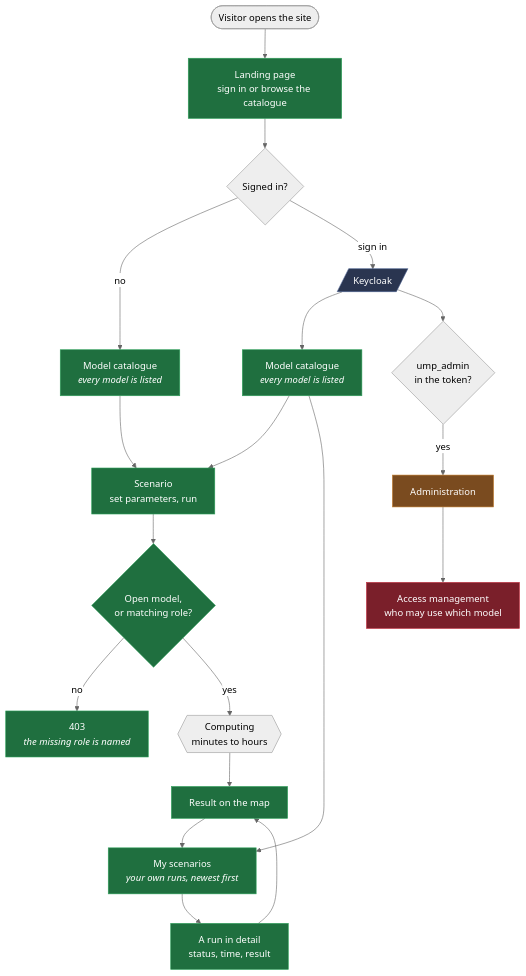
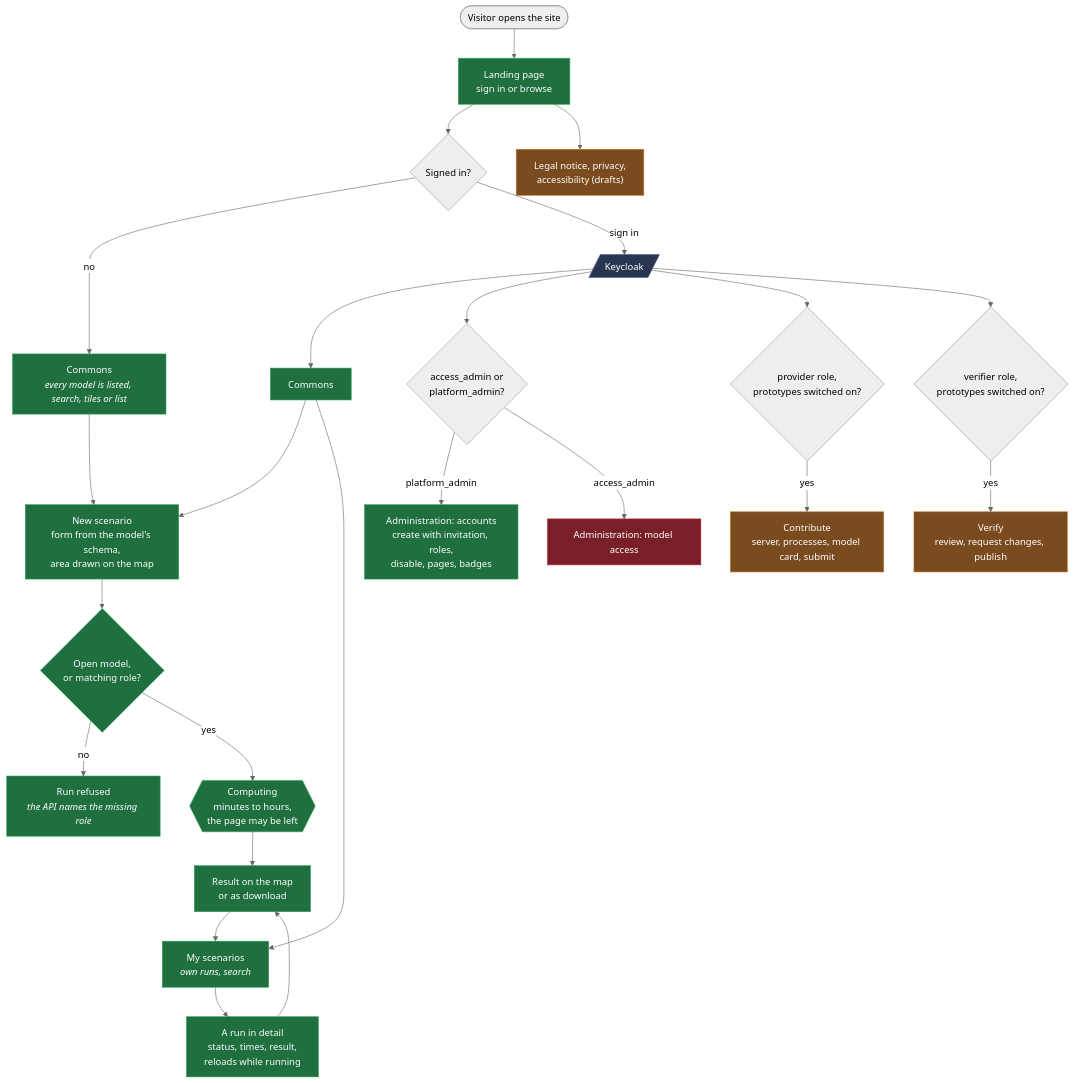
One commit to Urban-Futures-Collective/ump-x-frontend changed the first of 4 diagrams in docs/frontend-flow-en.md. Above: the diagram before and after it, drawn with Mermaid (neutral theme). The commit also changed other lines of this file and 6 other files, not shown here.

First line of the commit message:
docs: bring README, frontend flow and architecture up to date

````diff
--- a/docs/frontend-flow-en.md
+++ b/docs/frontend-flow-en.md
@@ -18,41 +18,48 @@
 ```mermaid
 flowchart TD
     Start([Visitor opens the site])
-    Start --> Landing["Landing page<br/>sign in or browse the catalogue"]
+    Start --> Landing["Landing page<br/>sign in or browse"]
 
     Landing --> Q{Signed in?}
 
-    Q -->|no| Anon["Model catalogue<br/><i>every model is listed</i>"]
+    Q -->|no| Anon["Commons<br/><i>every model is listed, search, tiles or list</i>"]
     Q -->|sign in| KC[/"Keycloak"/]
 
-    KC --> Signed["Model catalogue<br/><i>every model is listed</i>"]
-    KC --> AdminQ{ump_admin<br/>in the token?}
-    AdminQ -->|yes| Admin["Administration"]
+    KC --> Signed["Commons"]
 
     Anon --> Run
     Signed --> Run
 
-    Run["Scenario<br/>set parameters, run"]
+    Run["New scenario<br/>form from the model's schema,<br/>area drawn on the map"]
     Run --> Allowed{"Open model,<br/>or matching role?"}
-    Allowed -->|no| Denied["403<br/><i>the missing role is named</i>"]
-    Allowed -->|yes| Wait{{"Computing<br/>minutes to hours"}}
-    Wait --> Map["Result on the map"]
+    Allowed -->|no| Denied["Run refused<br/><i>the API names the missing role</i>"]
+    Allowed -->|yes| Wait{{"Computing<br/>minutes to hours,<br/>the page may be left"}}
+    Wait --> Map["Result on the map<br/>or as download"]
 
     Signed --> Mine
     Map --> Mine
-    Mine["My scenarios<br/><i>your own runs, newest first</i>"]
-    Mine --> Detail["A run in detail<br/>status, time, result"]
+    Mine["My scenarios<br/><i>own runs, search</i>"]
+    Mine --> Detail["A run in detail<br/>status, times, result,<br/>reloads while running"]
     Detail --> Map
 
-    Admin --> Matrix["Access management<br/>who may use which model"]
+    KC --> AdminQ{"access_admin or<br/>platform_admin?"}
+    AdminQ -->|platform_admin| Accounts["Administration: accounts<br/>create with invitation, roles,<br/>disable, pages, badges"]
+    AdminQ -->|access_admin| Access["Administration: model access"]
+
+    KC --> Prov{"provider role,<br/>prototypes switched on?"}
+    Prov -->|yes| Contribute["Contribute<br/>server, processes, model card, submit"]
+    KC --> Ver{"verifier role,<br/>prototypes switched on?"}
+    Ver -->|yes| Verify["Verify<br/>review, request changes, publish"]
+
+    Landing --> Legal["Legal notice, privacy,<br/>accessibility (drafts)"]
 
     classDef built fill:#1f6f3f,stroke:#2ea05a,color:#fff
     classDef placeholder fill:#7a4b1f,stroke:#c07a2a,color:#fff
     classDef missing fill:#7a1f2a,stroke:#c02a3a,color:#fff
     classDef external fill:#2a3550,stroke:#4a6090,color:#fff
 
-    class Landing,Anon,Signed,Run,Allowed,Denied,Map,Mine,Detail built
-    class Admin placeholder
-    class Matrix missing
+    class Landing,Anon,Signed,Run,Allowed,Denied,Wait,Map,Mine,Detail,Accounts built
+    class Contribute,Verify,Legal placeholder
+    class Access missing
     class KC external
 ```
````
